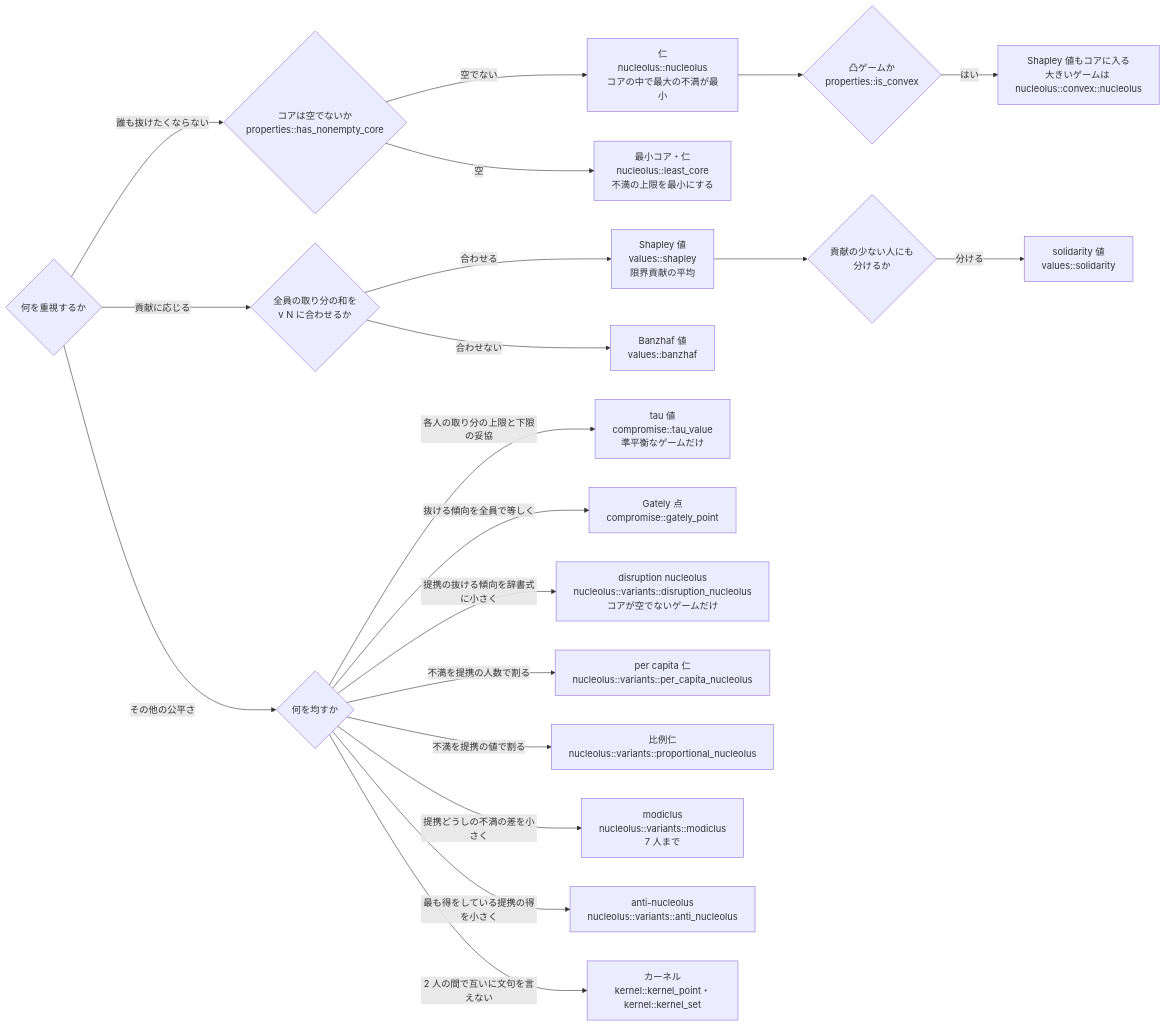
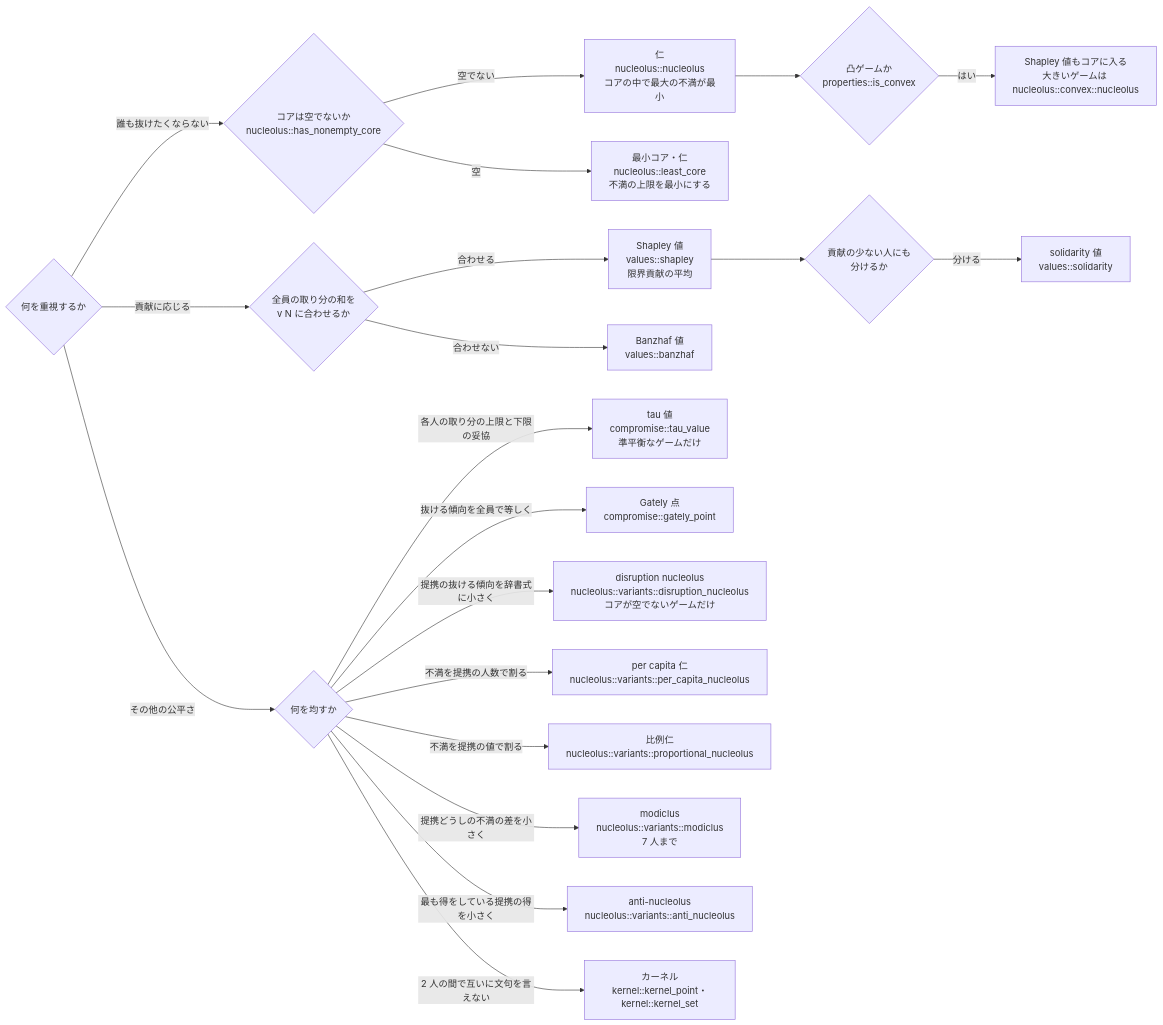
The second of 3 diagrams in docs/choosing.md (matsu7874/coopgame), drawn with Mermaid before and after one commit. The commit also changed 32 other files, not shown here.

````diff
--- a/docs/choosing.md
+++ b/docs/choosing.md
@@ -26,24 +26,24 @@
 ```mermaid
 flowchart LR
-    q{何を重視するか} -->|誰も抜けたくならない| core{コアは空でないか<br>properties::has_nonempty_core}
+    q{何を重視するか} -->|誰も抜けたくならない| core{コアは空でないか<br>nucleolus::has_nonempty_core}
     core -->|空でない| nuc[仁<br>nucleolus::nucleolus<br>コアの中で最大の不満が最小]
     core -->|空| lc[最小コア・仁<br>nucleolus::least_core<br>不満の上限を最小にする]
     nuc --> convex{凸ゲームか<br>properties::is_convex}
     convex -->|はい| shapcore[Shapley 値もコアに入る<br>大きいゲームは nucleolus::convex::nucleolus]
 
     q -->|貢献に応じる| c1{全員の取り分の和を<br>v N に合わせるか}
     c1 -->|合わせる| shap[Shapley 値<br>values::shapley<br>限界貢献の平均]
     c1 -->|合わせない| banz[Banzhaf 値<br>values::banzhaf]
     shap --> c2{貢献の少ない人にも<br>分けるか}
     c2 -->|分ける| sol[solidarity 値<br>values::solidarity]
 
     q -->|その他の公平さ| o1{何を均すか}
     o1 -->|各人の取り分の上限と下限の妥協| tau[tau 値<br>compromise::tau_value<br>準平衡なゲームだけ]
     o1 -->|抜ける傾向を全員で等しく| gately[Gately 点<br>compromise::gately_point]
     o1 -->|提携の抜ける傾向を辞書式に小さく| disr[disruption nucleolus<br>nucleolus::variants::disruption_nucleolus<br>コアが空でないゲームだけ]
     o1 -->|不満を提携の人数で割る| pc[per capita 仁<br>nucleolus::variants::per_capita_nucleolus]
     o1 -->|不満を提携の値で割る| prop[比例仁<br>nucleolus::variants::proportional_nucleolus]
     o1 -->|提携どうしの不満の差を小さく| modi[modiclus<br>nucleolus::variants::modiclus<br>7 人まで]
     o1 -->|最も得をしている提携の得を小さく| anti[anti-nucleolus<br>nucleolus::variants::anti_nucleolus]
     o1 -->|2 人の間で互いに文句を言えない| ker[カーネル<br>kernel::kernel_point・kernel::kernel_set]
 ```
````
